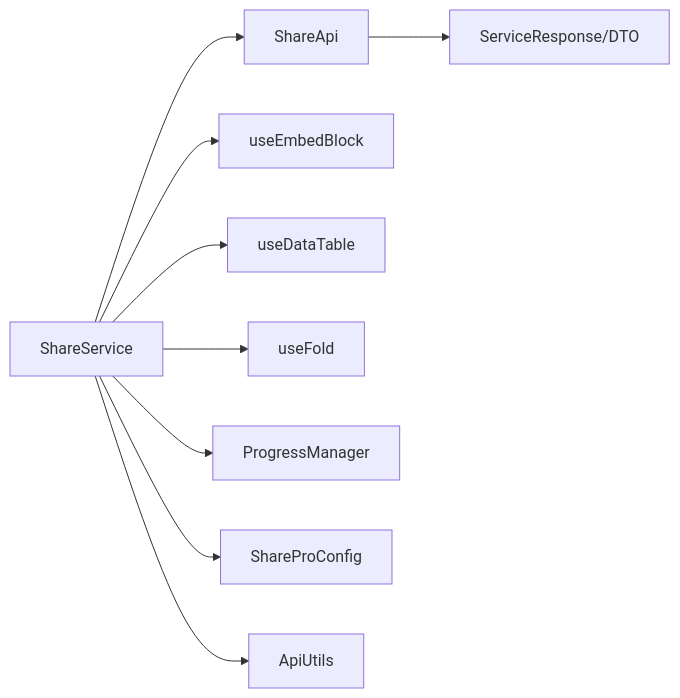
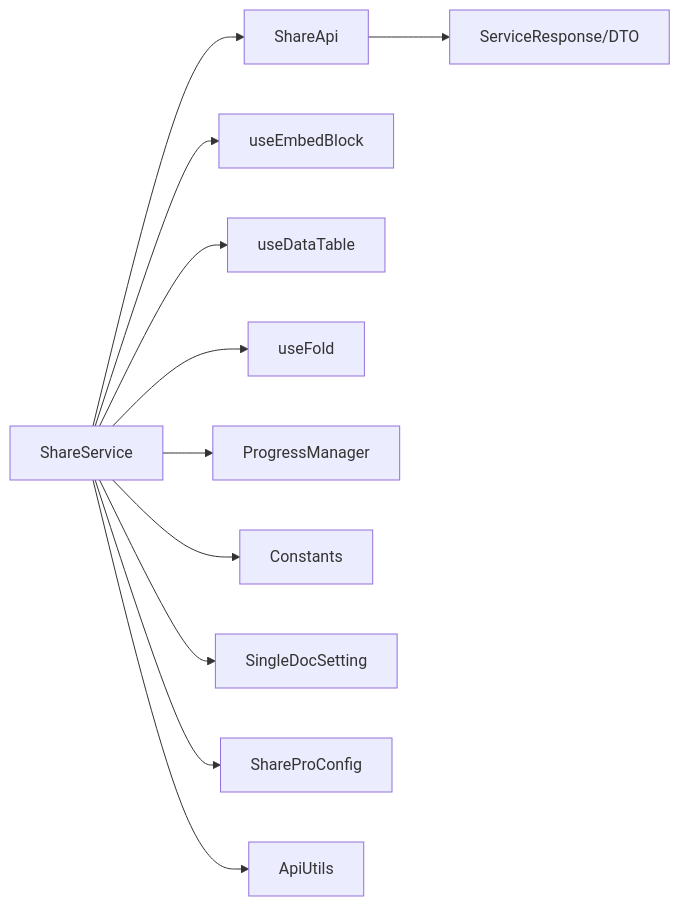
One commit to terwerinc/siyuan-plugin-share-pro changed the seventh of 7 diagrams in .qoder/repowiki/zh/content/核心功能/分享服务.md. Above: the diagram before and after it, drawn with Mermaid. The commit also changed other lines of this file and 10 other files, not shown here.

````diff
--- a/.qoder/repowiki/zh/content/核心功能/分享服务.md
+++ b/.qoder/repowiki/zh/content/核心功能/分享服务.md
@@ -379,11 +421,13 @@
 ```mermaid
 graph LR
 SS["ShareService"] --> SA["ShareApi"]
 SS --> EB["useEmbedBlock"]
 SS --> DT["useDataTable"]
 SS --> FD["useFold"]
 SS --> PM["ProgressManager"]
+SS --> CONST["Constants"]
+SS --> SDS["SingleDocSetting"]
 SA --> DTO["ServiceResponse/DTO"]
 SS --> SPC["ShareProConfig"]
 SS --> AU["ApiUtils"]
 ```
````
